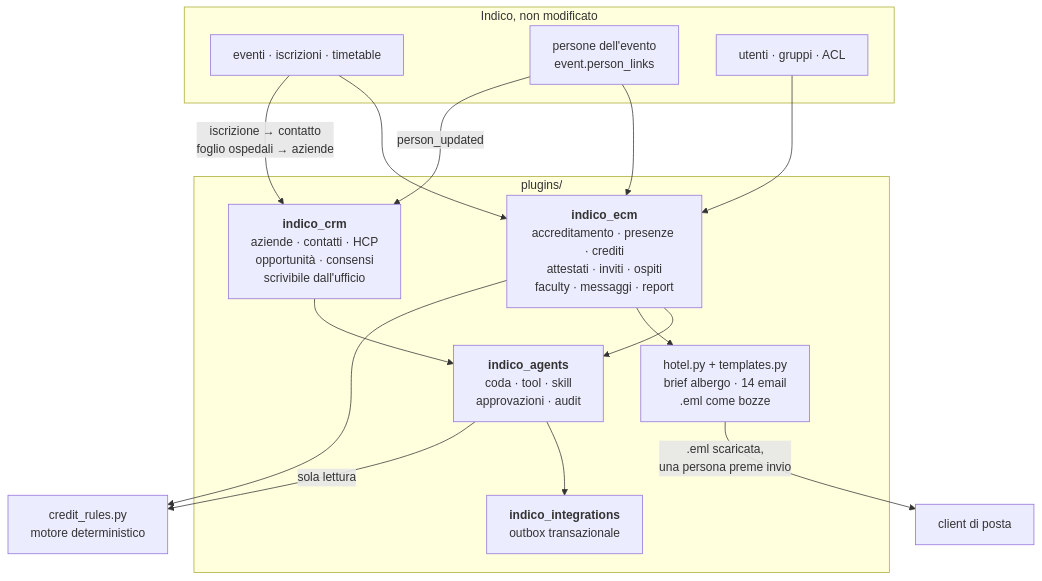
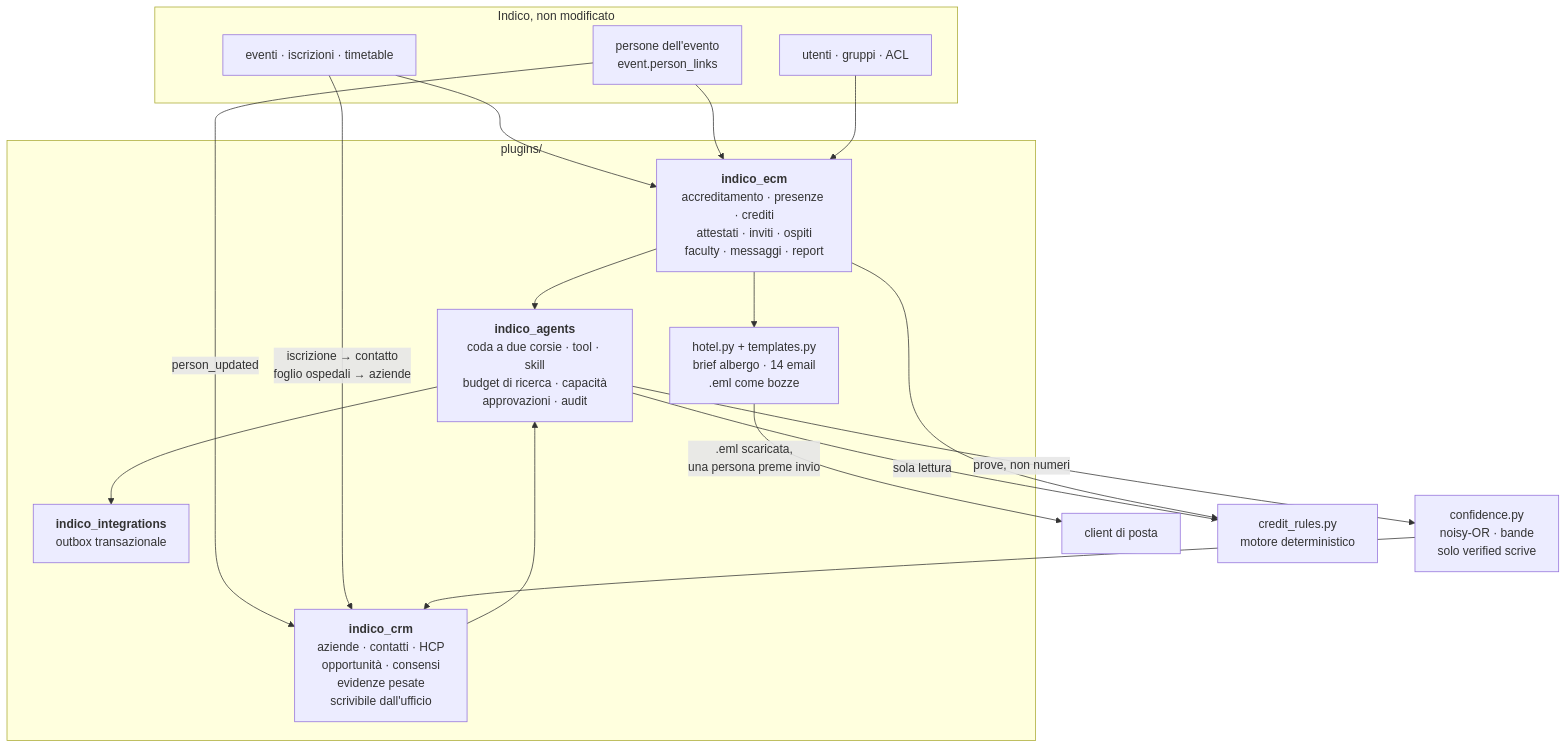
One commit to Michele-cyberpunk/indico-modificato changed the diagram in CLAUDE.md. Above: the diagram before and after it, drawn with Mermaid. The commit also changed other lines of this file, not shown here.

````diff
--- a/CLAUDE.md
+++ b/CLAUDE.md
@@ -24,29 +24,31 @@
 ```mermaid
 graph TD
     subgraph indico["Indico, non modificato"]
         EV["eventi · iscrizioni · timetable"]
         PE["persone dell'evento<br/>event.person_links"]
         AU["utenti · gruppi · ACL"]
     end
 
     subgraph plugins["plugins/"]
         ECM["<b>indico_ecm</b><br/>accreditamento · presenze · crediti<br/>attestati · inviti · ospiti<br/>faculty · messaggi · report"]
-        CRM["<b>indico_crm</b><br/>aziende · contatti · HCP<br/>opportunità · consensi<br/>scrivibile dall'ufficio"]
-        AG["<b>indico_agents</b><br/>coda · tool · skill<br/>approvazioni · audit"]
+        CRM["<b>indico_crm</b><br/>aziende · contatti · HCP<br/>opportunità · consensi<br/>evidenze pesate<br/>scrivibile dall'ufficio"]
+        AG["<b>indico_agents</b><br/>coda a due corsie · tool · skill<br/>budget di ricerca · capacità<br/>approvazioni · audit"]
         INT["<b>indico_integrations</b><br/>outbox transazionale"]
         HOT["hotel.py + templates.py<br/>brief albergo · 14 email<br/>.eml come bozze"]
     end
 
     EV --> ECM
     PE --> ECM
     PE -->|"person_updated"| CRM
     AU --> ECM
     EV -->|"iscrizione → contatto<br/>foglio ospedali → aziende"| CRM
     ECM --> AG
     CRM --> AG
     AG --> INT
     ECM --> HOT
     HOT -->|".eml scaricata,<br/>una persona preme invio"| OUT["client di posta"]
+    AG -->|"prove, non numeri"| CONF["confidence.py<br/>noisy-OR · bande<br/>solo verified scrive"]
+    CONF --> CRM
     AG -->|"sola lettura"| CR["credit_rules.py<br/>motore deterministico"]
     ECM --> CR
 ```
````
